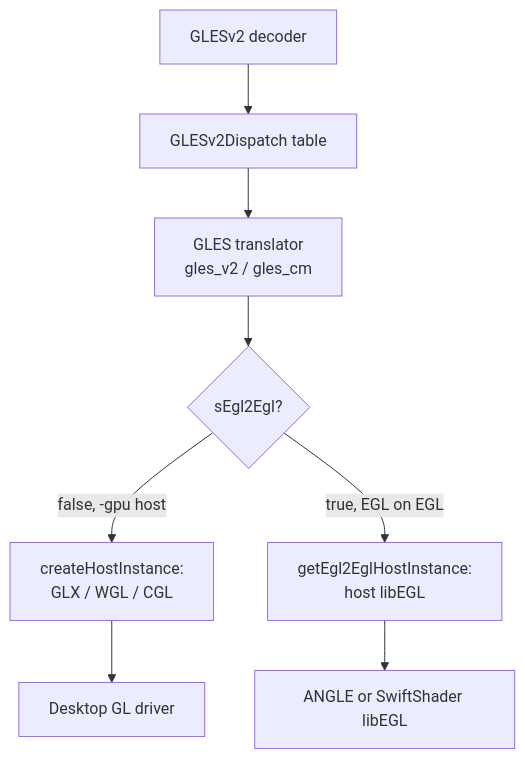
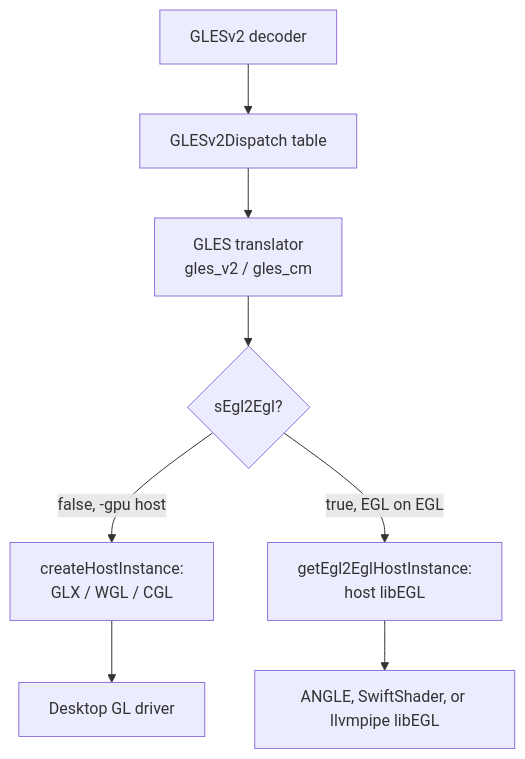
One commit to aospbooks/android-emulator-internal-book changed the fourth of 7 diagrams in 13-host-rendering.md. Above: the diagram before and after it, drawn with Mermaid. The commit also changed other lines of this file and 31 other files, not shown here.

````diff
--- a/13-host-rendering.md
+++ b/13-host-rendering.md
@@ -264,10 +267,10 @@
 ```mermaid
 flowchart TB
   DEC["GLESv2 decoder"] --> DT["GLESv2Dispatch table"]
   DT --> TR["GLES translator<br/>gles_v2 / gles_cm"]
   TR --> EGLINFO{"sEgl2Egl?"}
   EGLINFO -->|"false, -gpu host"| NATIVE["createHostInstance:<br/>GLX / WGL / CGL"]
   EGLINFO -->|"true, EGL on EGL"| OSEGL["getEgl2EglHostInstance:<br/>host libEGL"]
   NATIVE --> DGL["Desktop GL driver"]
-  OSEGL --> AS["ANGLE or SwiftShader libEGL"]
+  OSEGL --> AS["ANGLE, SwiftShader, or llvmpipe libEGL"]
 ```
````
